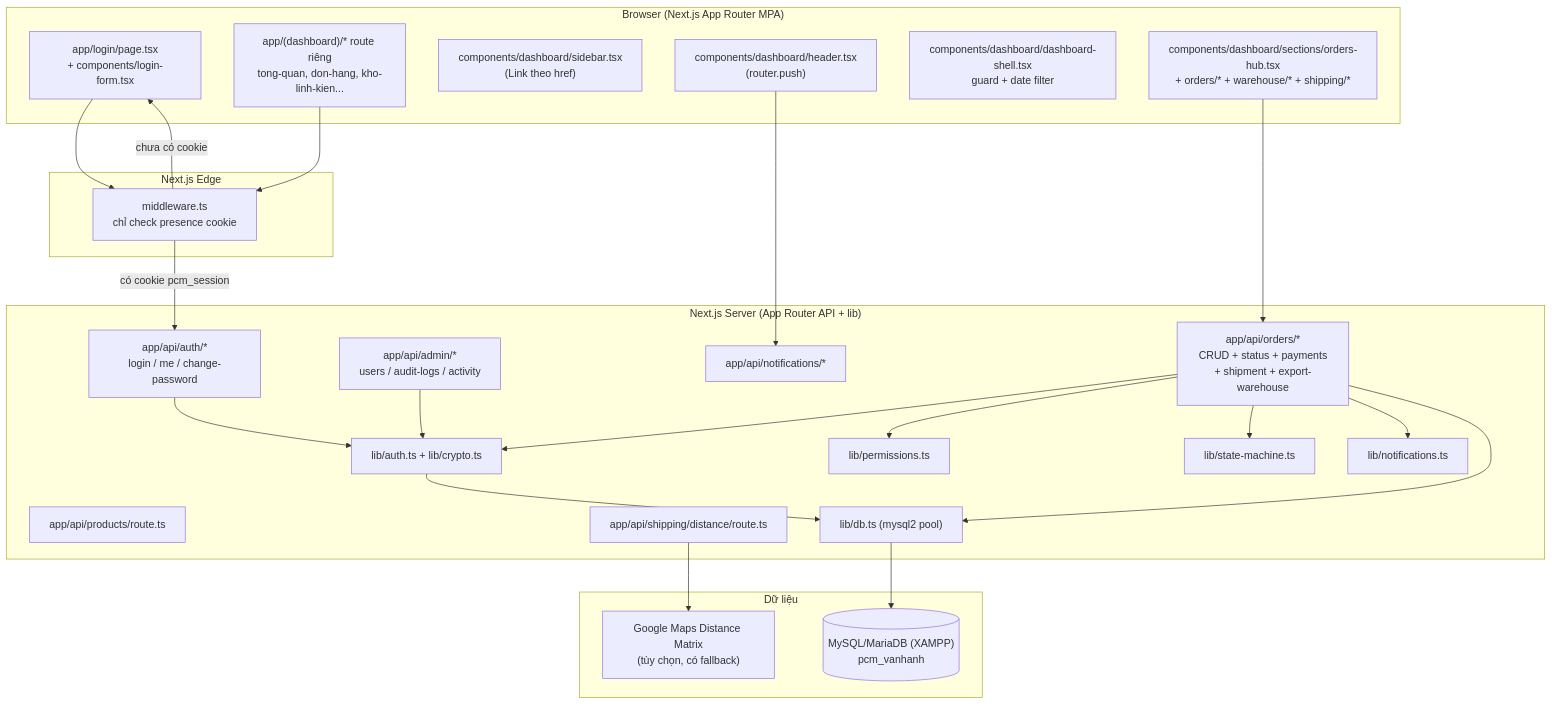
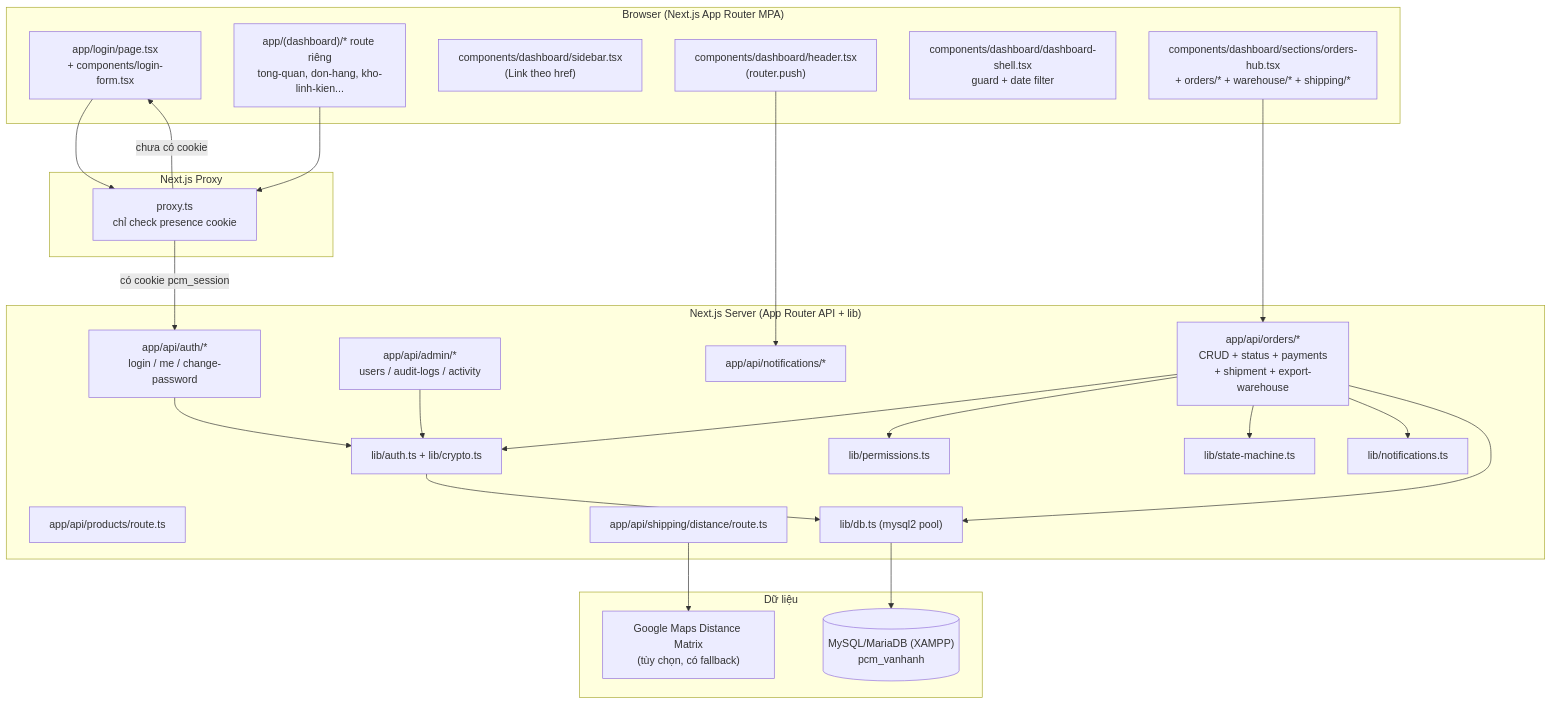
Before and after one commit to ngducnhatt/pcm-vanhanh: the first of 8 diagrams in docs/PROJECT-GUIDE.md, drawn with Mermaid. The commit also changed other lines of this file and 56 other files, not shown here.

````diff
--- a/docs/PROJECT-GUIDE.md
+++ b/docs/PROJECT-GUIDE.md
@@ -40,51 +40,51 @@
 ```mermaid
 flowchart TB
     subgraph Client["Browser (Next.js App Router MPA)"]
         LoginPage["app/login/page.tsx<br/>+ components/login-form.tsx"]
         Dashboard["app/(dashboard)/* route riêng<br/>tong-quan, don-hang, kho-linh-kien..."]
         Sidebar["components/dashboard/sidebar.tsx<br/>(Link theo href)"]
         Header["components/dashboard/header.tsx<br/>(router.push)"]
         Shell["components/dashboard/dashboard-shell.tsx<br/>guard + date filter"]
         OrdersHub["components/dashboard/sections/orders-hub.tsx<br/>+ orders/* + warehouse/* + shipping/*"]
     end
 
-    subgraph Edge["Next.js Edge"]
-        MW["middleware.ts<br/>chỉ check presence cookie"]
+    subgraph Edge["Next.js Proxy"]
+        MW["proxy.ts<br/>chỉ check presence cookie"]
     end
 
     subgraph Server["Next.js Server (App Router API + lib)"]
         AuthAPI["app/api/auth/*<br/>login / me / change-password"]
         AdminAPI["app/api/admin/*<br/>users / audit-logs / activity"]
         OrderAPI["app/api/orders/*<br/>CRUD + status + payments<br/>+ shipment + export-warehouse"]
         ProductAPI["app/api/products/route.ts"]
         ShipAPI["app/api/shipping/distance/route.ts"]
         NotifAPI["app/api/notifications/*"]
         LibAuth["lib/auth.ts + lib/crypto.ts"]
         LibPerm["lib/permissions.ts"]
         LibSM["lib/state-machine.ts"]
         LibNotif["lib/notifications.ts"]
         LibDB["lib/db.ts (mysql2 pool)"]
     end
 
     subgraph Data["Dữ liệu"]
         MySQL[("MySQL/MariaDB (XAMPP)<br/>pcm_vanhanh")]
         GMaps["Google Maps Distance Matrix<br/>(tùy chọn, có fallback)"]
     end
 
     LoginPage --> MW
     Dashboard --> MW
     MW -->|có cookie pcm_session| AuthAPI
     MW -->|chưa có cookie| LoginPage
     OrdersHub --> OrderAPI
     Header --> NotifAPI
     OrderAPI --> LibAuth
     OrderAPI --> LibPerm
     OrderAPI --> LibSM
     OrderAPI --> LibNotif
     AuthAPI --> LibAuth
     AdminAPI --> LibAuth
     LibAuth --> LibDB
     OrderAPI --> LibDB
     LibDB --> MySQL
     ShipAPI --> GMaps
 ```
````
